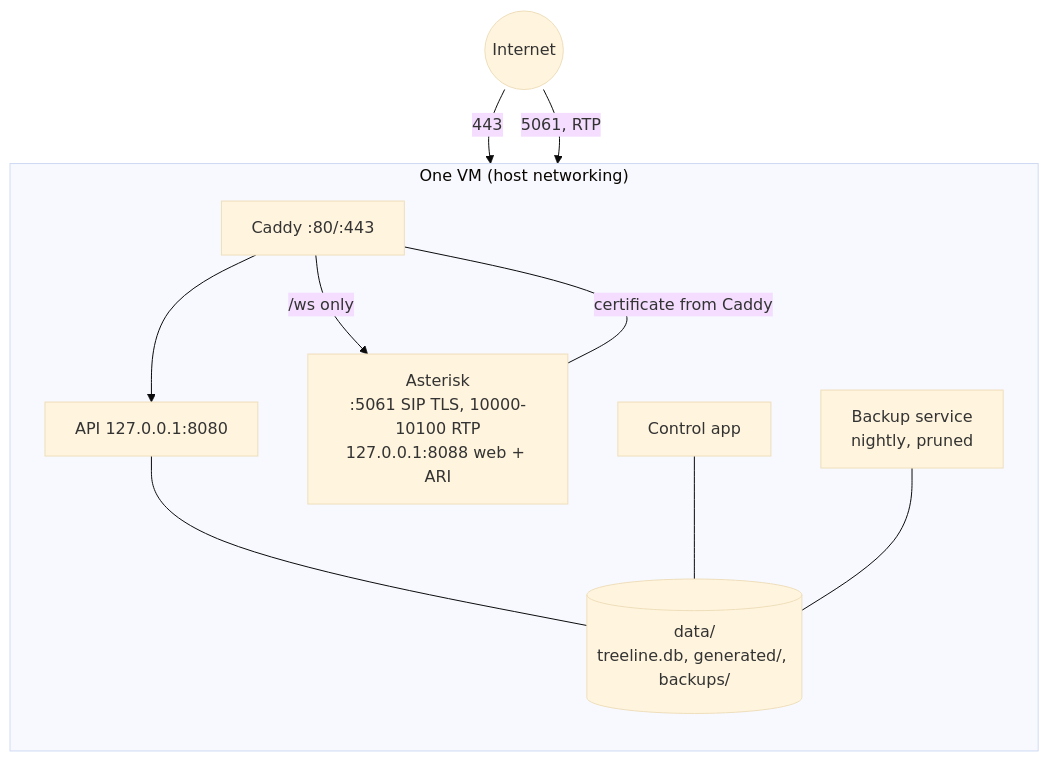
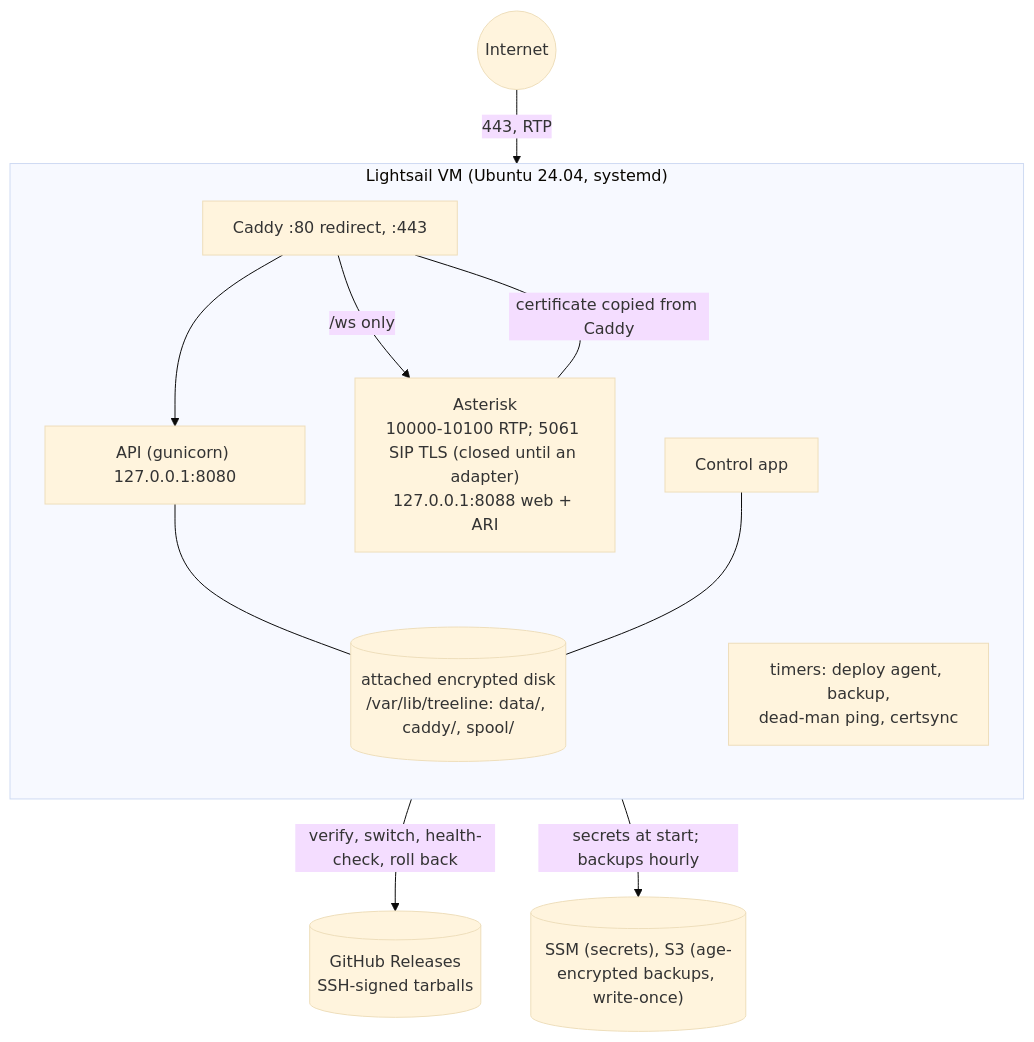
Before and after one commit to jdmiller2010/treeline: the tenth of 10 diagrams in docs/ARCHITECTURE.md, drawn with Mermaid (base theme). The commit also changed other lines of this file and 10 other files, not shown here.

````diff
--- a/docs/ARCHITECTURE.md
+++ b/docs/ARCHITECTURE.md
@@ -333,22 +335,24 @@
 ```mermaid
 flowchart TB
-    subgraph vm["One VM (host networking)"]
+    subgraph vm["Lightsail VM (Ubuntu 24.04, systemd)"]
         direction TB
-        caddy["Caddy :80/:443"]
-        api["API 127.0.0.1:8080"]
-        asterisk["Asterisk<br/>:5061 SIP TLS, 10000-10100 RTP<br/>127.0.0.1:8088 web + ARI"]
+        caddy["Caddy :80 redirect, :443"]
+        api["API (gunicorn) 127.0.0.1:8080"]
+        asterisk["Asterisk<br/>10000-10100 RTP; 5061 SIP TLS (closed until an adapter)<br/>127.0.0.1:8088 web + ARI"]
         controller["Control app"]
-        backup["Backup service<br/>nightly, pruned"]
-        data[("data/<br/>treeline.db, generated/, backups/")]
+        timers["timers: deploy agent, backup,<br/>dead-man ping, certsync"]
+        disk[("attached encrypted disk<br/>/var/lib/treeline: data/, caddy/, spool/")]
     end
     net((Internet))
+    gh[("GitHub Releases<br/>SSH-signed tarballs")]
+    aws[("SSM (secrets), S3 (age-encrypted backups, write-once)")]
 
-    net -- "443" --> caddy
-    net -- "5061, RTP" --> asterisk
+    net -- "443, RTP" --> caddy
     caddy --> api
     caddy -- "/ws only" --> asterisk
-    api --- data
-    controller --- data
-    backup --- data
-    asterisk -- "certificate from Caddy" --- caddy
+    api --- disk
+    controller --- disk
+    timers -- "verify, switch, health-check, roll back" --> gh
+    timers -- "secrets at start; backups hourly" --> aws
+    asterisk -- "certificate copied from Caddy" --- caddy
 ```
````
